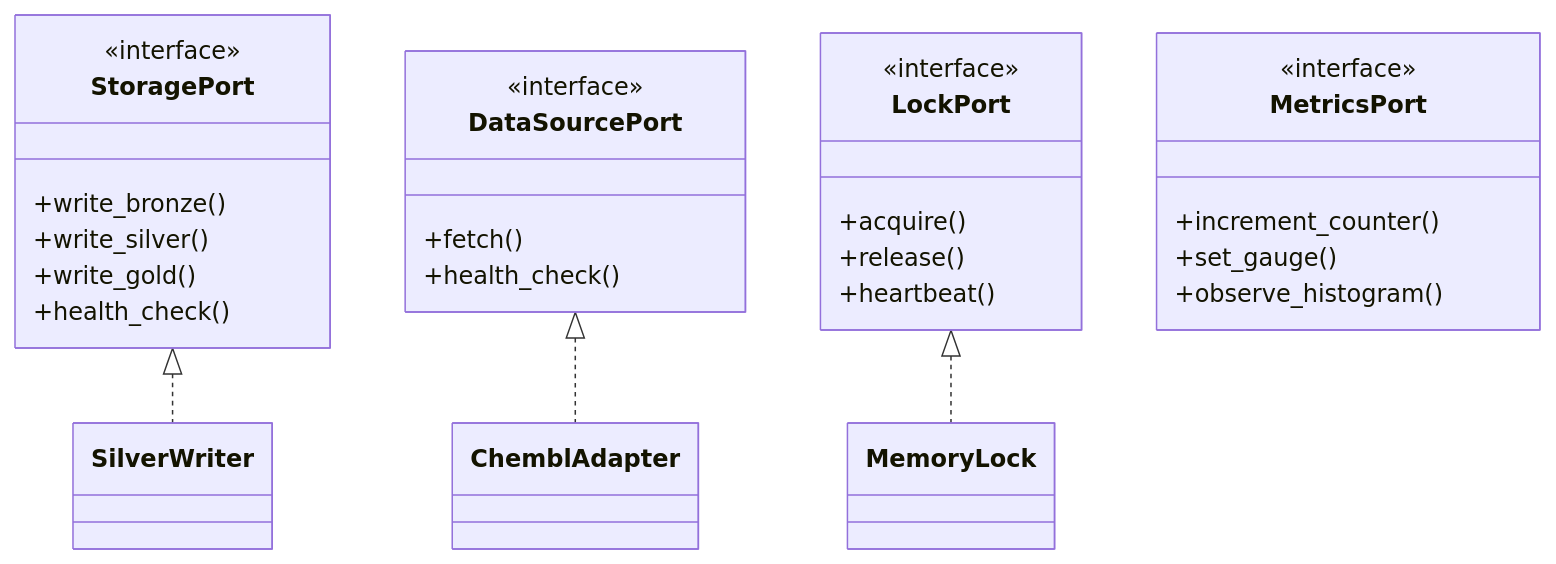
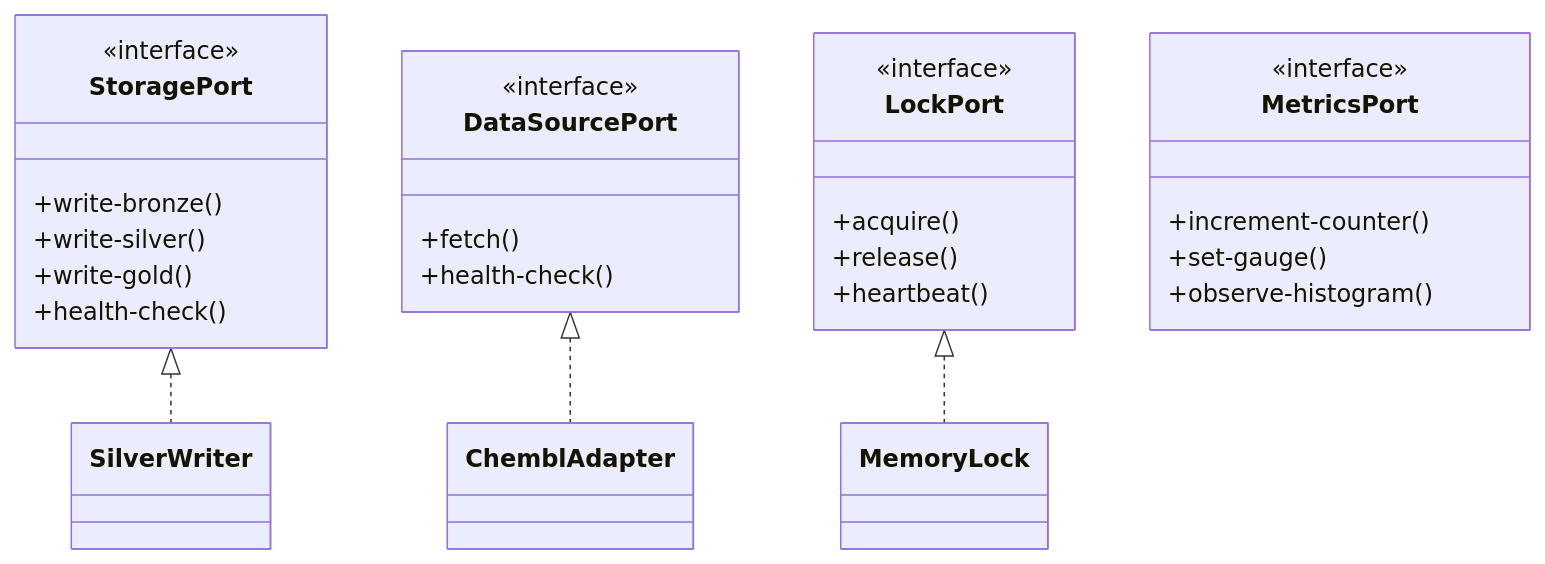
Before and after one commit to SatoryKono/BioactivityDataAcquisition: the diagram in docs/04-reference/api/domain.md, drawn with Mermaid. The commit also changed other lines of this file and 311 other files, not shown here.

````diff
--- a/docs/04-reference/api/domain.md
+++ b/docs/04-reference/api/domain.md
@@ -7,34 +7,34 @@
 ```mermaid
 classDiagram
     class StoragePort {
         <<interface>>
-        +write_bronze()
-        +write_silver()
-        +write_gold()
-        +health_check()
+        +write-bronze()
+        +write-silver()
+        +write-gold()
+        +health-check()
     }
 
     class DataSourcePort {
         <<interface>>
         +fetch()
-        +health_check()
+        +health-check()
     }
 
     class LockPort {
         <<interface>>
         +acquire()
         +release()
         +heartbeat()
     }
 
     class MetricsPort {
         <<interface>>
-        +increment_counter()
-        +set_gauge()
-        +observe_histogram()
+        +increment-counter()
+        +set-gauge()
+        +observe-histogram()
     }
 
     StoragePort <|.. SilverWriter
     DataSourcePort <|.. ChemblAdapter
     LockPort <|.. MemoryLock
 ```
````
